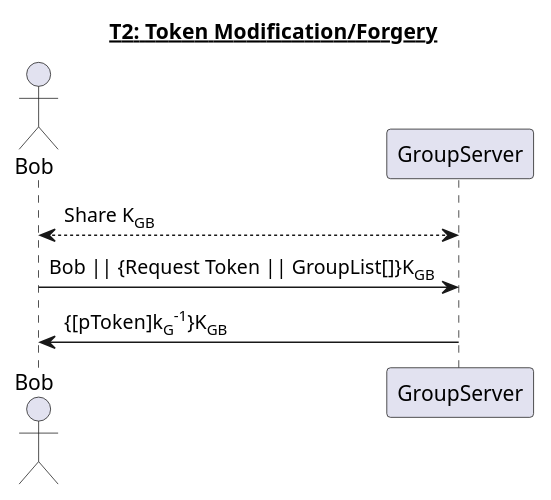
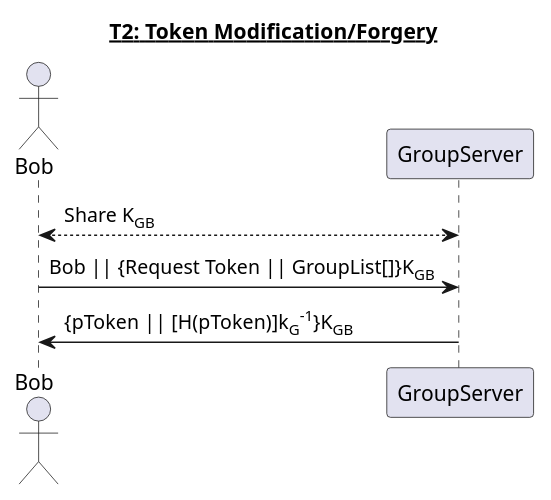
One commit to jondyer/cs1653-2017fa-jbd29-mar257-zds14 changed the diagram in reports/img/T2.puml. Above: the diagram before and after it, drawn with PlantUML. The commit also changed 7 other files, not shown here.

```diff
--- a/reports/img/T2.puml
+++ b/reports/img/T2.puml
@@ -1,10 +1,10 @@
 @startuml
 title __T2: Token Modification/Forgery__
 actor Bob
 participant GroupServer
 
 Bob <--> GroupServer: Share K<sub>GB</sub>
 Bob -> GroupServer: Bob || {Request Token || GroupList[]}K<sub>GB</sub>
-GroupServer -> Bob: {[pToken]k<sub>G</sub><sup>-1</sup>}K<sub>GB</sub>
+GroupServer -> Bob: {pToken || [H(pToken)]k<sub>G</sub><sup>-1</sup>}K<sub>GB</sub>
 
 @enduml
```
